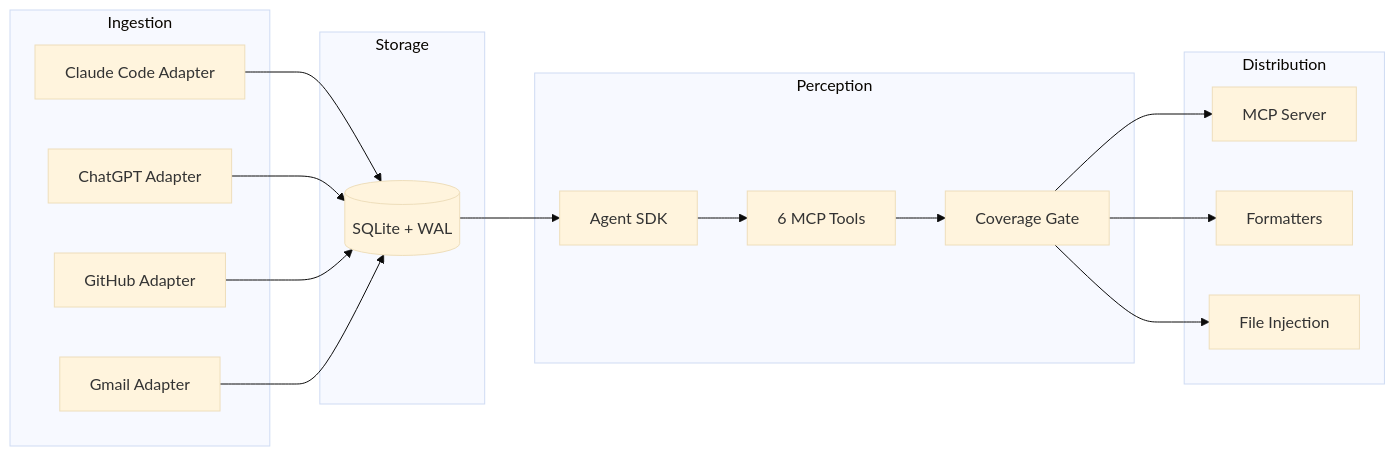
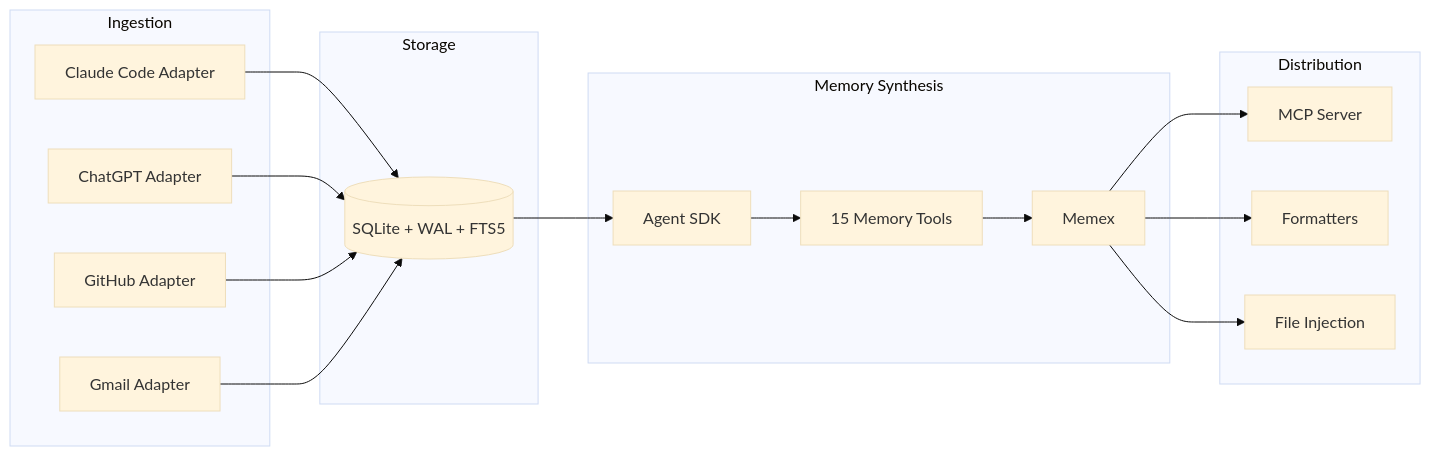
Before and after one commit to saxenauts/syke: the diagram in docs-site/pages/architecture/overview.mdx, drawn with Mermaid (base theme). The commit also changed other lines of this file and 18 other files, not shown here.

First line of the commit message:
docs: comprehensive update for memex architecture — remove all perception refs

````diff
--- a/docs-site/pages/architecture/overview.mdx
+++ b/docs-site/pages/architecture/overview.mdx
@@ -7,30 +7,30 @@
 ```mermaid
 graph LR
     subgraph Ingestion
         A1[Claude Code Adapter]
         A2[ChatGPT Adapter]
         A3[GitHub Adapter]
         A4[Gmail Adapter]
     end
 
     subgraph Storage
-        DB[(SQLite + WAL)]
+        DB[(SQLite + WAL + FTS5)]
     end
 
-    subgraph Perception
+    subgraph Memory["Memory Synthesis"]
         AS[Agent SDK]
-        MT[6 MCP Tools]
-        CG[Coverage Gate]
-        AS --> MT --> CG
+        MT[15 Memory Tools]
+        MX[Memex]
+        AS --> MT --> MX
     end
 
     subgraph Distribution
         MCP[MCP Server]
         FMT[Formatters]
         INJ[File Injection]
     end
 
     A1 & A2 & A3 & A4 --> DB
     DB --> AS
-    CG --> FMT & MCP & INJ
+    MX --> FMT & MCP & INJ
 ```
````
